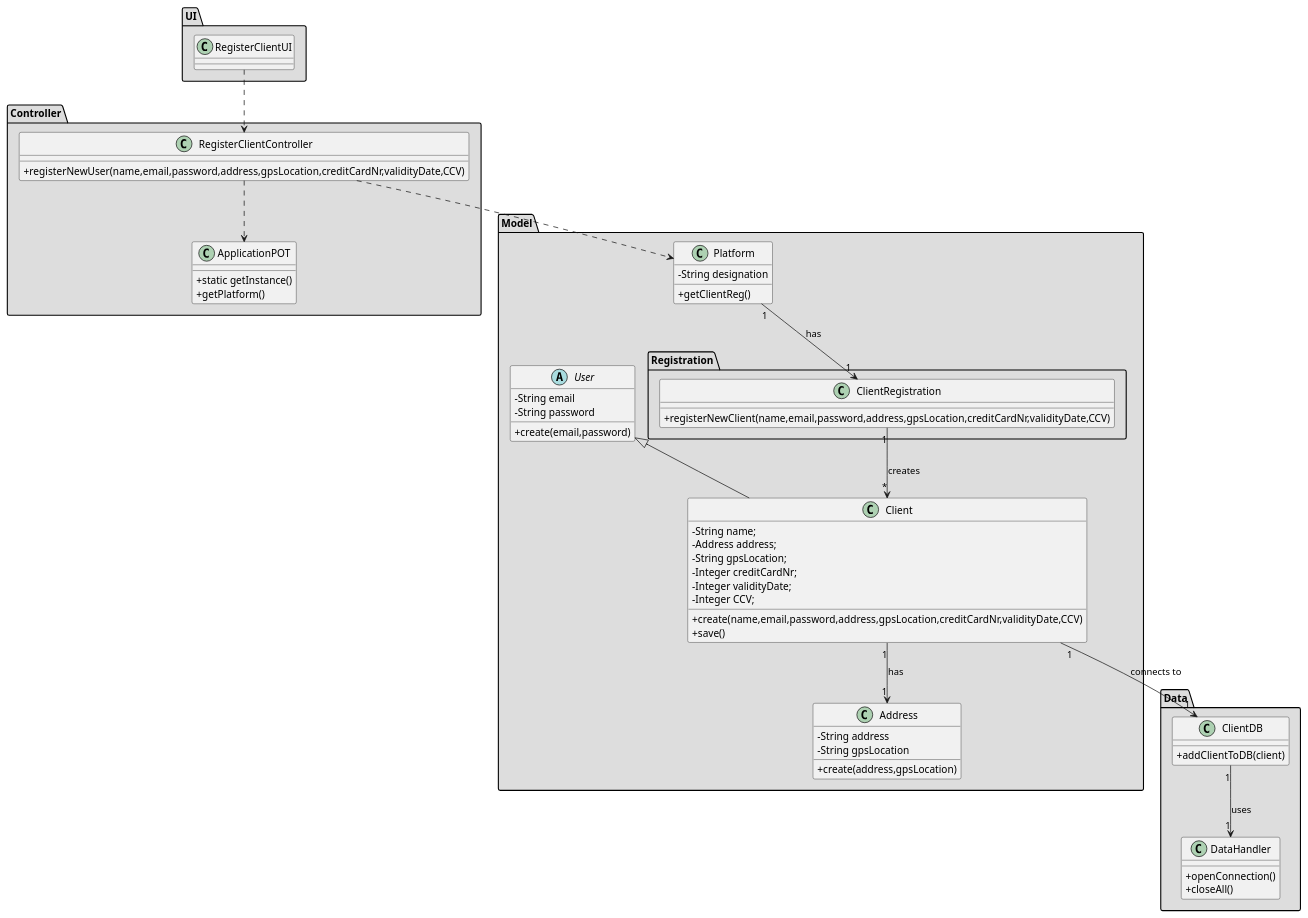
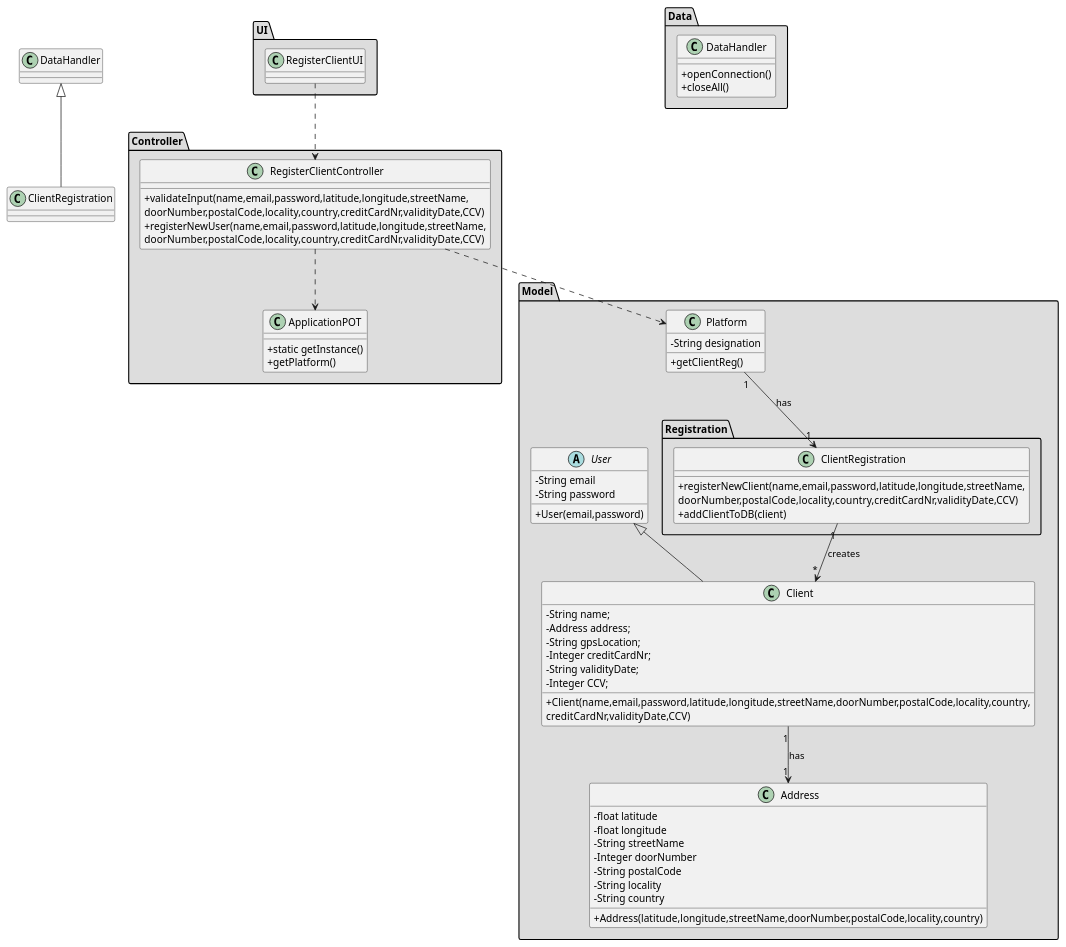
One commit to tiagoavcosta25/LAPR3 changed the diagram in docs/Iteration 1/User Management/US18_RegisterClient/US18_CD.puml. Above: the diagram before and after it, drawn with PlantUML. The commit also changed 25 other files, not shown here.

```diff
--- a/docs/Iteration 1/User Management/US18_RegisterClient/US18_CD.puml
+++ b/docs/Iteration 1/User Management/US18_RegisterClient/US18_CD.puml
@@ -1,92 +1,97 @@
 @startuml
 skinparam classAttributeIconSize 0
 
 
 package "Controller" #DDDDDD {
 class ApplicationPOT
 {
   +static getInstance()
   +getPlatform()
 }
 }
 
 
 package "UI" #DDDDDD {
 class RegisterClientUI{
 
 }
 }
 
 
 package "Controller" #DDDDDD {
 class RegisterClientController{
-+registerNewUser(name,email,password,address,gpsLocation,creditCardNr,validityDate,CCV)
++validateInput(name,email,password,latitude,longitude,streetName,\ndoorNumber,postalCode,locality,country,creditCardNr,validityDate,CCV)
++registerNewUser(name,email,password,latitude,longitude,streetName,\ndoorNumber,postalCode,locality,country,creditCardNr,validityDate,CCV)
 }
 }
 
 
 package "Model" #DDDDDD {
 class Platform {
   -String designation
   +getClientReg()
 }
 package "Registration" #DDDDDD {
  class ClientRegistration{
- +registerNewClient(name,email,password,address,gpsLocation,creditCardNr,validityDate,CCV)
+ +registerNewClient(name,email,password,latitude,longitude,streetName,\ndoorNumber,postalCode,locality,country,creditCardNr,validityDate,CCV)
+ +addClientToDB(client)
  }
  }
 }
 
 
 
 
 package "Model" #DDDDDD {
 abstract class User{
 -String email
 -String password
-+create(email,password)
++User(email,password)
 }
 
 class Client extends User
 
 class Client{
 -String name;
 -Address address;
 -String gpsLocation;
 -Integer creditCardNr;
--Integer validityDate;
+-String validityDate;
 -Integer CCV;
-+create(name,email,password,address,gpsLocation,creditCardNr,validityDate,CCV)
-+save()
++Client(name,email,password,latitude,longitude,streetName,doorNumber,postalCode,locality,country,
+                        creditCardNr,validityDate,CCV)
 }
 
 class Address{
--String address
--String gpsLocation
-+create(address,gpsLocation)
+-float latitude
+-float longitude
+-String streetName
+-Integer doorNumber
+-String postalCode
+-String locality
+-String country
++Address(latitude,longitude,streetName,doorNumber,postalCode,locality,country)
 }
 
 }
 
 
 package "Data" #DDDDDD {
 class DataHandler{
 +openConnection()
 +closeAll()
 }
-    class ClientDB{
-   +addClientToDB(client)
-}
+
 }
 
 
 RegisterClientUI ..> RegisterClientController
 RegisterClientController ..> Platform
 RegisterClientController ..> ApplicationPOT
 Platform "1" --> "1" ClientRegistration : has
 ClientRegistration "1" --> "*" Client : creates
-Client "1" --> "1" ClientDB : connects to
+class ClientRegistration extends DataHandler
 Client "1" --> "1" Address : has
-ClientDB "1" --> "1" DataHandler : uses
+
 
 @enduml
```
